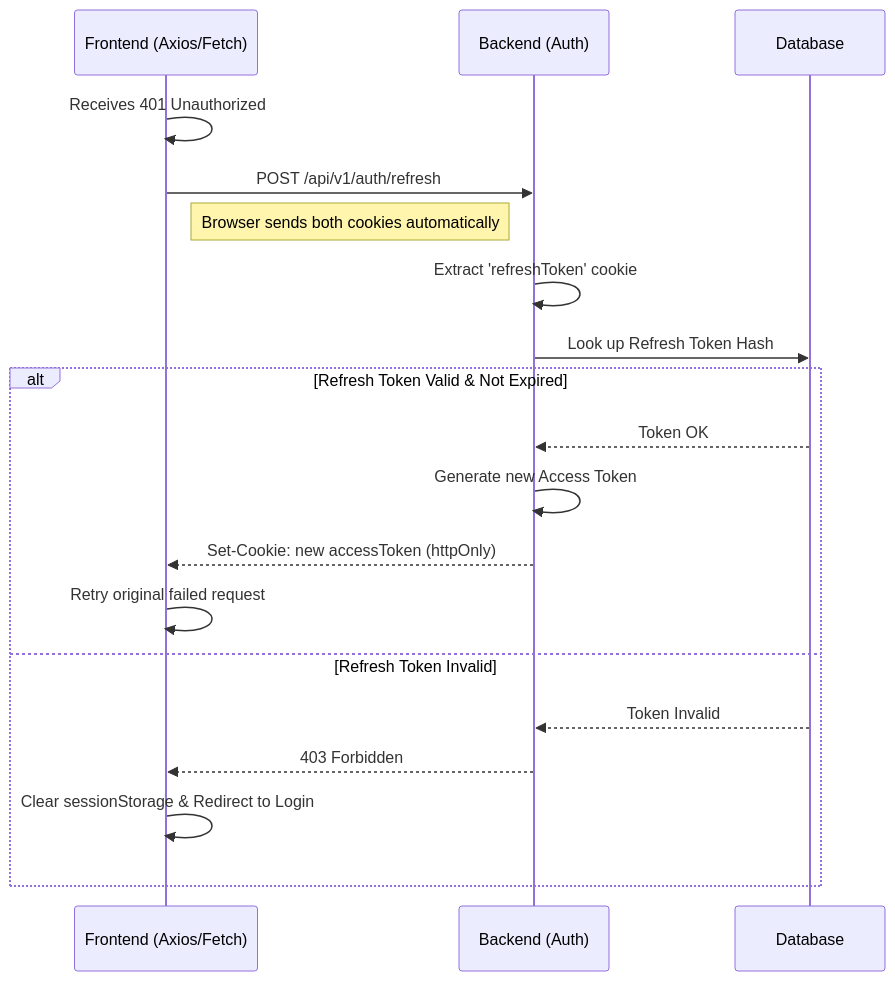
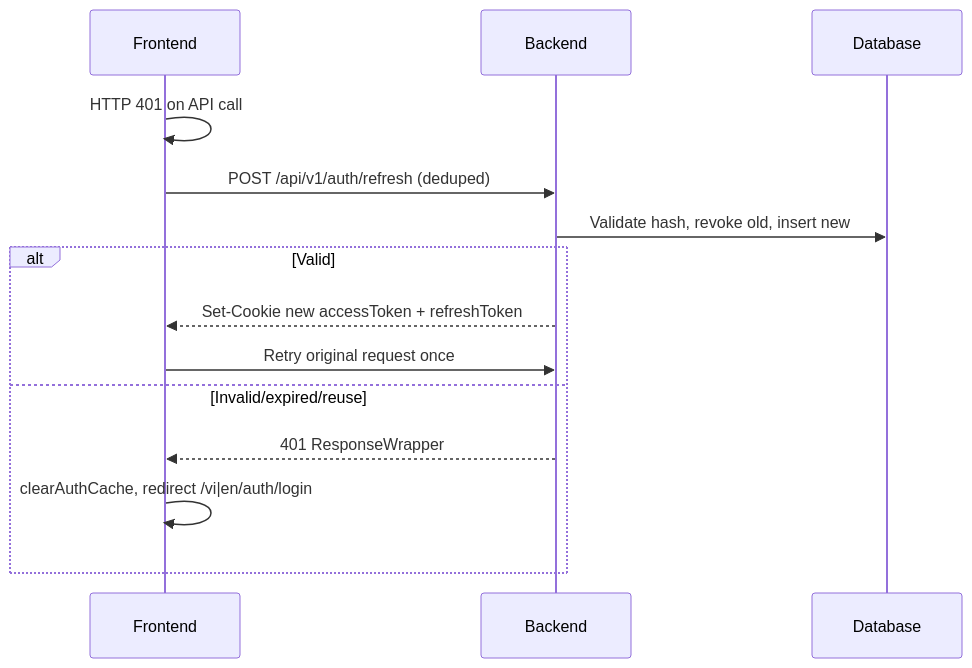
Before and after one commit to kazama679/project-showroom-porsche: the third of 4 diagrams in docs/jwt-auth-flow.md, drawn with Mermaid. The commit also changed other lines of this file and 316 other files, not shown here.

````diff
--- a/docs/jwt-auth-flow.md
+++ b/docs/jwt-auth-flow.md
@@ -58,23 +125,17 @@
 ```mermaid
 sequenceDiagram
-    participant Frontend (Axios/Fetch)
-    participant Backend (Auth)
+    participant Frontend
+    participant Backend
     participant Database
 
-    Frontend (Axios/Fetch)->>Frontend (Axios/Fetch): Receives 401 Unauthorized
-    Frontend (Axios/Fetch)->>Backend (Auth): POST /api/v1/auth/refresh
-    Note right of Frontend (Axios/Fetch): Browser sends both cookies automatically
-    Backend (Auth)->>Backend (Auth): Extract 'refreshToken' cookie
-    Backend (Auth)->>Database: Look up Refresh Token Hash
-    
-    alt Refresh Token Valid & Not Expired
-        Database-->>Backend (Auth): Token OK
-        Backend (Auth)->>Backend (Auth): Generate new Access Token
-        Backend (Auth)-->>Frontend (Axios/Fetch): Set-Cookie: new accessToken (httpOnly)
-        Frontend (Axios/Fetch)->>Frontend (Axios/Fetch): Retry original failed request
-    else Refresh Token Invalid
-        Database-->>Backend (Auth): Token Invalid
-        Backend (Auth)-->>Frontend (Axios/Fetch): 403 Forbidden
-        Frontend (Axios/Fetch)->>Frontend (Axios/Fetch): Clear sessionStorage & Redirect to Login
+    Frontend->>Frontend: HTTP 401 on API call
+    Frontend->>Backend: POST /api/v1/auth/refresh (deduped)
+    Backend->>Database: Validate hash, revoke old, insert new
+    alt Valid
+        Backend-->>Frontend: Set-Cookie new accessToken + refreshToken
+        Frontend->>Backend: Retry original request once
+    else Invalid/expired/reuse
+        Backend-->>Frontend: 401 ResponseWrapper
+        Frontend->>Frontend: clearAuthCache, redirect /vi|en/auth/login
     end
 ```
````
